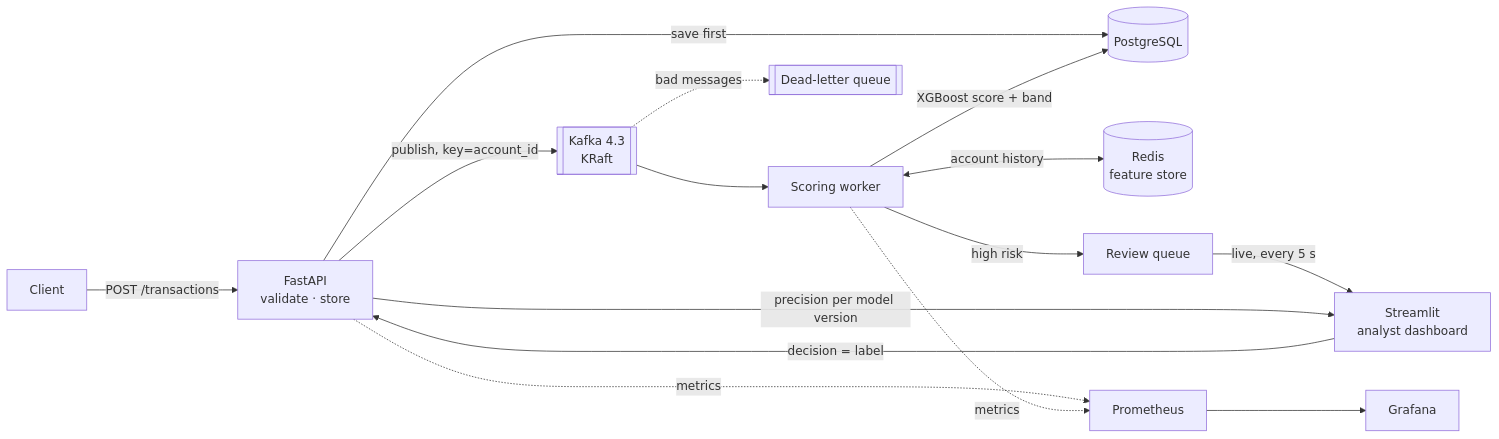
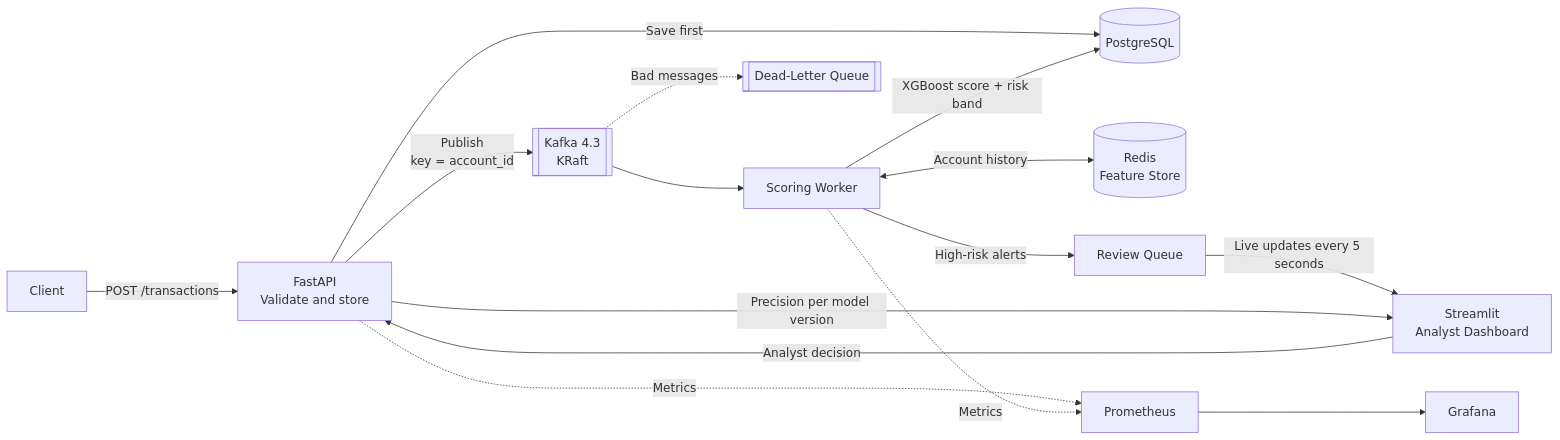
One commit to MohdAsif-AIML25/fraudstream-ai changed the diagram in README.md. Above: the diagram before and after it, drawn with Mermaid. The commit also changed other lines of this file, not shown here.

````diff
--- a/README.md
+++ b/README.md
@@ -14,17 +15,17 @@
 ```mermaid
 flowchart LR
-    C[Client] -->|POST /transactions| API[FastAPI<br/>validate · store]
-    API -->|save first| PG[(PostgreSQL)]
-    API -->|publish, key=account_id| K[[Kafka 4.3<br/>KRaft]]
-    K --> W[Scoring worker]
-    W <-->|account history| R[(Redis<br/>feature store)]
-    W -->|XGBoost score + band| PG
-    W -->|high risk| RQ[Review queue]
-    RQ -->|live, every 5 s| D[Streamlit<br/>analyst dashboard]
-    D -->|decision = label| API
-    API -->|precision per model version| D
-    API -.metrics.-> P[Prometheus]
-    W -.metrics.-> P
+    C[Client] -->|POST /transactions| API[FastAPI<br/>Validate and store]
+    API -->|Save first| PG[(PostgreSQL)]
+    API -->|Publish<br/>key = account_id| K[[Kafka 4.3<br/>KRaft]]
+    K --> W[Scoring Worker]
+    W <-->|Account history| R[(Redis<br/>Feature Store)]
+    W -->|XGBoost score + risk band| PG
+    W -->|High-risk alerts| RQ[Review Queue]
+    RQ -->|Live updates every 5 seconds| D[Streamlit<br/>Analyst Dashboard]
+    D -->|Analyst decision| API
+    API -->|Precision per model version| D
+    API -.->|Metrics| P[Prometheus]
+    W -.->|Metrics| P
     P --> G[Grafana]
-    K -.bad messages.-> DLQ[[Dead-letter queue]]
+    K -.->|Bad messages| DLQ[[Dead-Letter Queue]]
 ```
````
